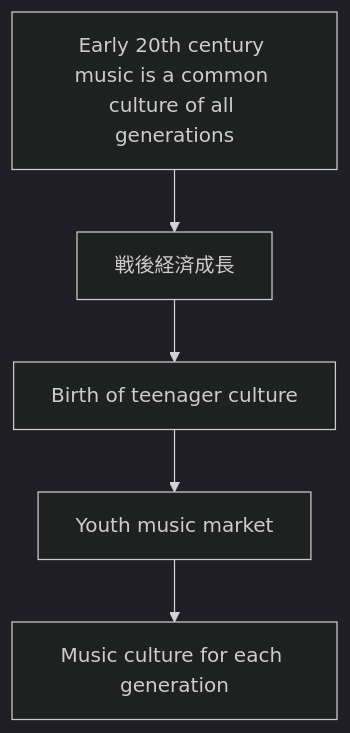
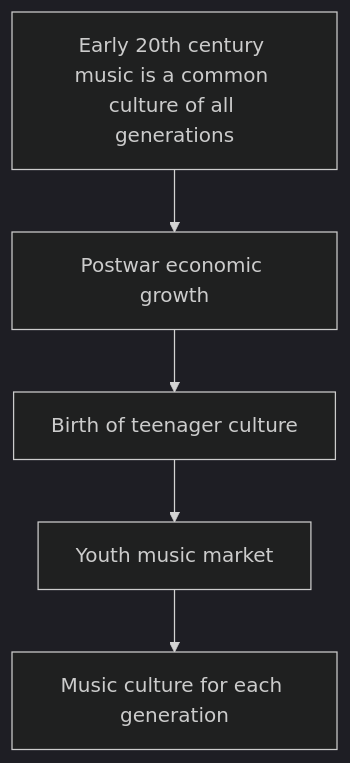
One commit to monumental-movement/monumental-movement.github.io changed the first of 4 diagrams in en/_posts/2026-03-13-column-column-why-music-defines-generations.md. Above: the diagram before and after it, drawn with Mermaid (dark theme). The commit also changed other lines of this file and 851 other files, not shown here.

```diff
--- a/en/_posts/2026-03-13-column-column-why-music-defines-generations.md
+++ b/en/_posts/2026-03-13-column-column-why-music-defines-generations.md
@@ -73,7 +73,7 @@
 <div class="mermaid">
 graph TD
-A[Early 20th century music is a common culture of all generations] --> B[戦後経済成長]
+A[Early 20th century music is a common culture of all generations] --> B[Postwar economic growth]
 B --> C[Birth of teenager culture]
 C --> D[Youth music market]
 D --> E[Music culture for each generation]
 </div>
```
